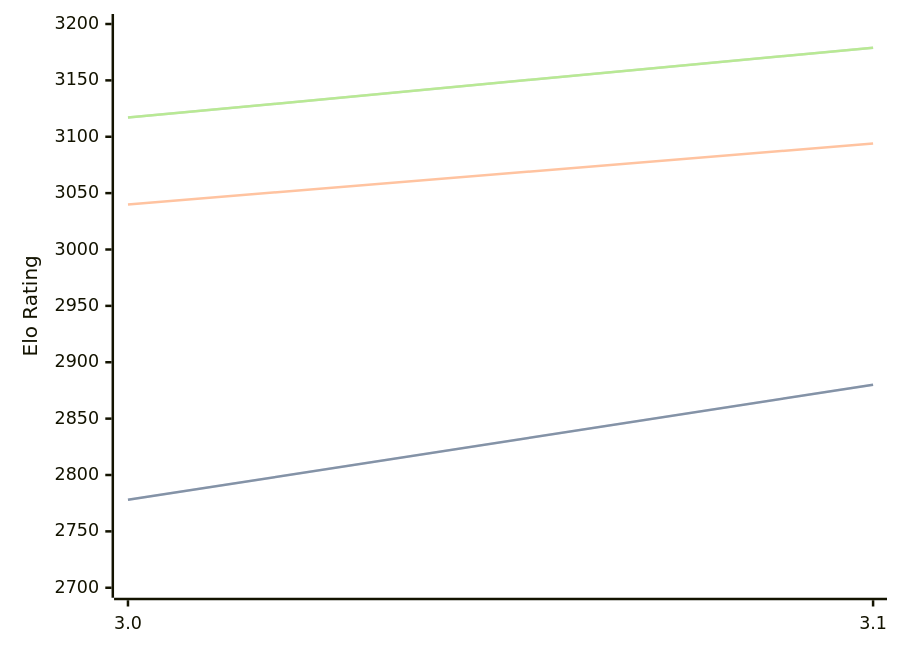
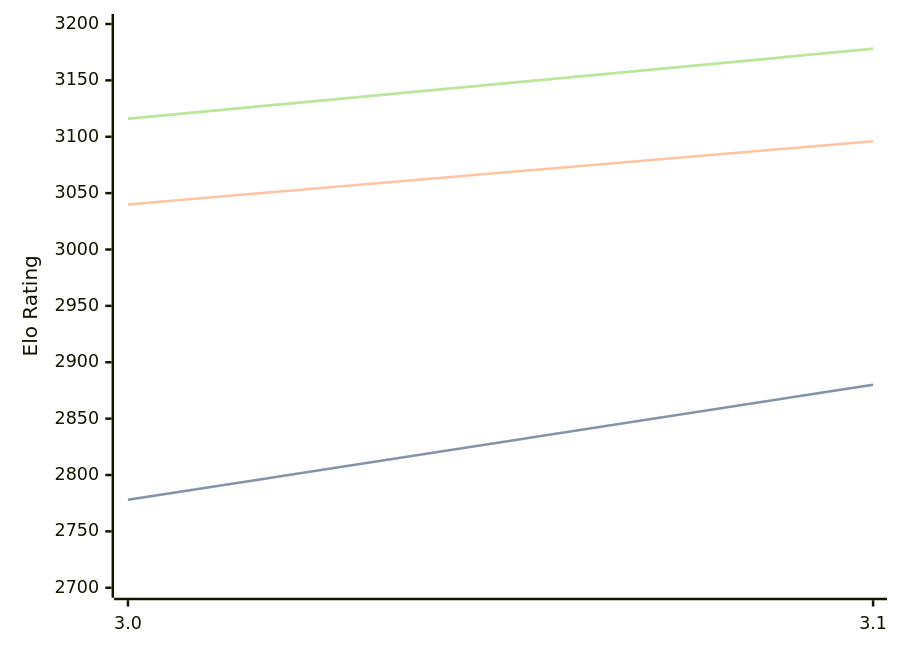
One commit to computer-chess-index/cci changed the diagram in engines/Vajolet2.md. Above: the diagram before and after it, drawn with Mermaid. The commit also changed other lines of this file, not shown here.

Commit message:
Update CCI Ratings (ELO VLTC) - 2026-05-07

````diff
--- a/engines/Vajolet2.md
+++ b/engines/Vajolet2.md
@@ -40,11 +40,11 @@
 ```mermaid
 %%{init: {"theme":"base","themeVariables":{"seriesColors:['#a3a3a3','#222221','#faa371']}}}%%
 xychart-beta
   x-axis ["3.0", "3.1"]
   y-axis "Elo Rating" 2700 --> 3200
   line "STC (8.0+0.08s)" [2778, 2880]
   line "STC (8.0+0.08s)" [2778, 2880]
-  line "LTC (60.0+0.60s)" [3040, 3094]
-  line "VLTC (2m24s+1.12s)" [3117, 3179]
-  line "VLTC (2m24s+1.12s)" [3117, 3179]
+  line "LTC (60.0+0.60s)" [3040, 3096]
+  line "VLTC (2m24s+1.12s)" [3116, 3178]
+  line "VLTC (2m24s+1.12s)" [3116, 3178]
 ```
````
